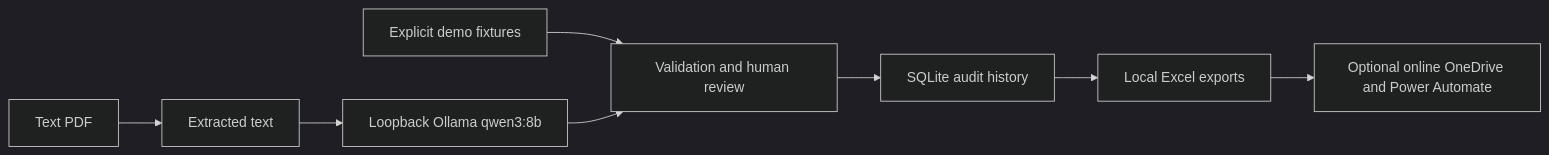
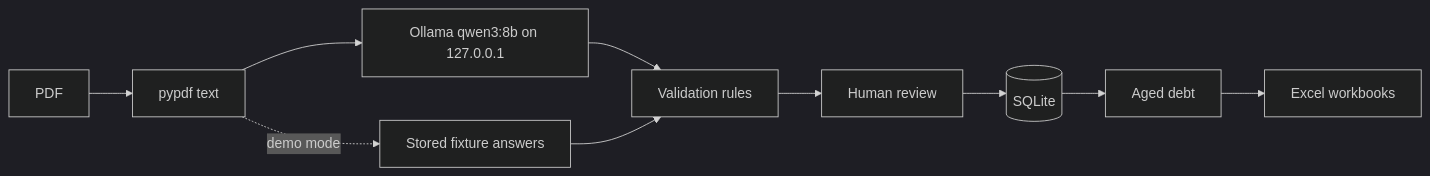
The diagram in README.md (tazin-ahmed-sifat/ar-copilot), drawn with Mermaid (dark theme) before and after one commit. The commit also changed other lines of this file and 9 other files, not shown here.

````diff
--- a/README.md
+++ b/README.md
@@ -15,10 +47,12 @@
 ```mermaid
 flowchart LR
-    PDF[Text PDF] --> TEXT[Extracted text]
-    TEXT --> OLLAMA[Loopback Ollama qwen3:8b]
-    DEMO[Explicit demo fixtures] --> REVIEW[Validation and human review]
-    OLLAMA --> REVIEW
-    REVIEW --> DB[SQLite audit history]
-    DB --> EXCEL[Local Excel exports]
-    EXCEL --> M365[Optional online OneDrive and Power Automate]
+    PDF[PDF] --> TEXT[pypdf text]
+    TEXT --> LLM[Ollama qwen3:8b on 127.0.0.1]
+    TEXT -.demo mode.-> FIX[Stored fixture answers]
+    LLM --> RULES[Validation rules]
+    FIX --> RULES
+    RULES --> REVIEW[Human review]
+    REVIEW --> DB[(SQLite)]
+    DB --> AGED[Aged debt]
+    AGED --> XLSX[Excel workbooks]
 ```
````
